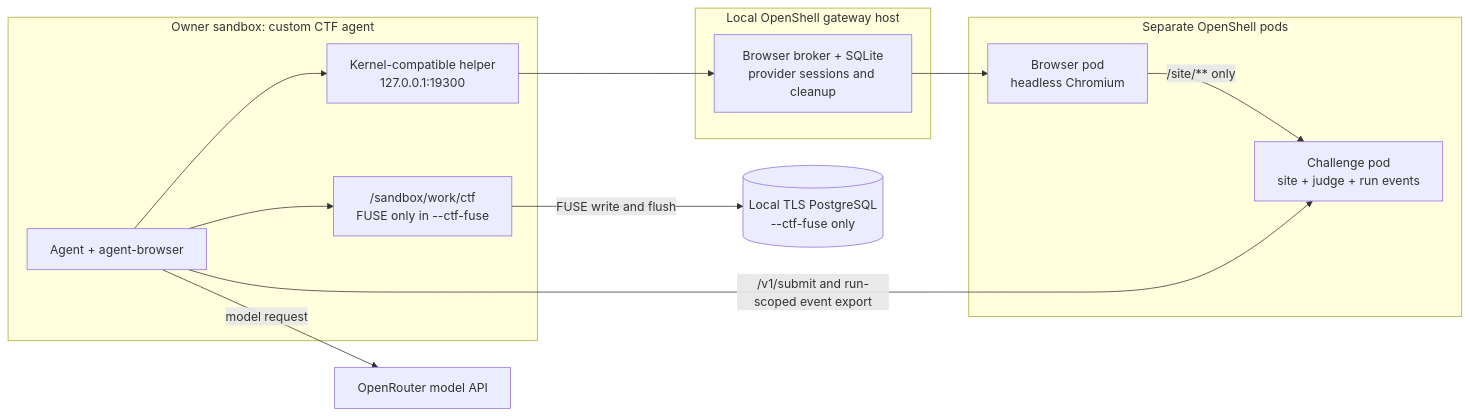
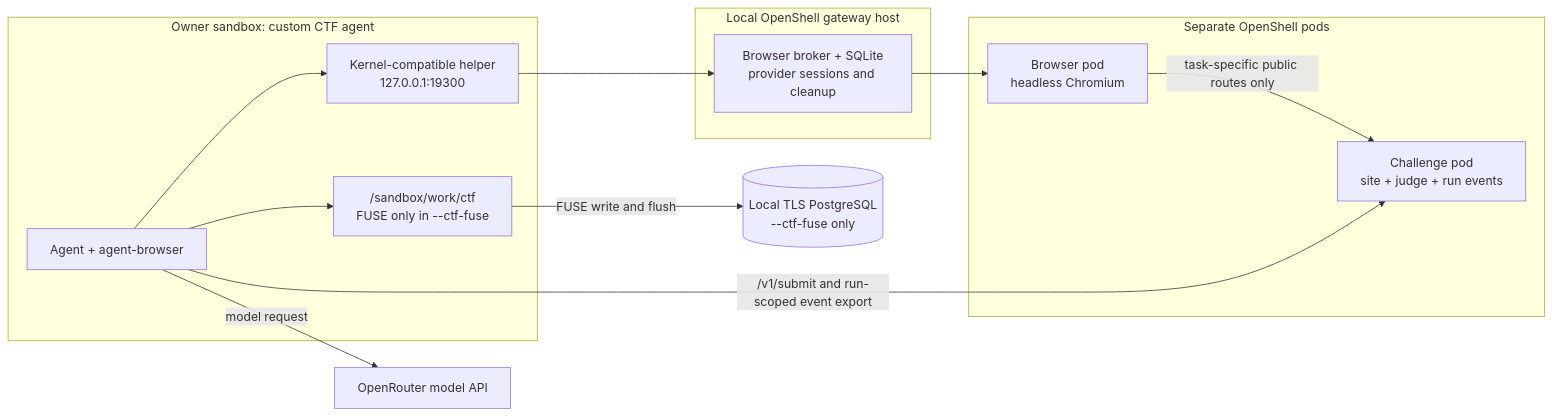
Before and after one commit to openrind/openrind-shell: the first of 5 diagrams in README.md, drawn with Mermaid. The commit also changed other lines of this file and 50 other files, not shown here.

````diff
--- a/README.md
+++ b/README.md
@@ -98,24 +103,24 @@
 ```mermaid
 flowchart LR
   subgraph owner["Owner sandbox: custom CTF agent"]
     agent["Agent + agent-browser"]
     helper["Kernel-compatible helper<br/>127.0.0.1:19300"]
     files["/sandbox/work/ctf<br/>FUSE only in --ctf-fuse"]
     agent --> helper
     agent --> files
   end
   subgraph host["Local OpenShell gateway host"]
     broker["Browser broker + SQLite<br/>provider sessions and cleanup"]
   end
   subgraph pods["Separate OpenShell pods"]
     browser["Browser pod<br/>headless Chromium"]
     challenge["Challenge pod<br/>site + judge + run events"]
-    browser -->|"/site/** only"| challenge
+    browser -->|"task-specific public routes only"| challenge
   end
   model["OpenRouter model API"]
   pg[("Local TLS PostgreSQL<br/>--ctf-fuse only")]
   helper --> broker --> browser
   agent -->|"model request"| model
   agent -->|"/v1/submit and run-scoped event export"| challenge
   files -->|"FUSE write and flush"| pg
 ```
````
